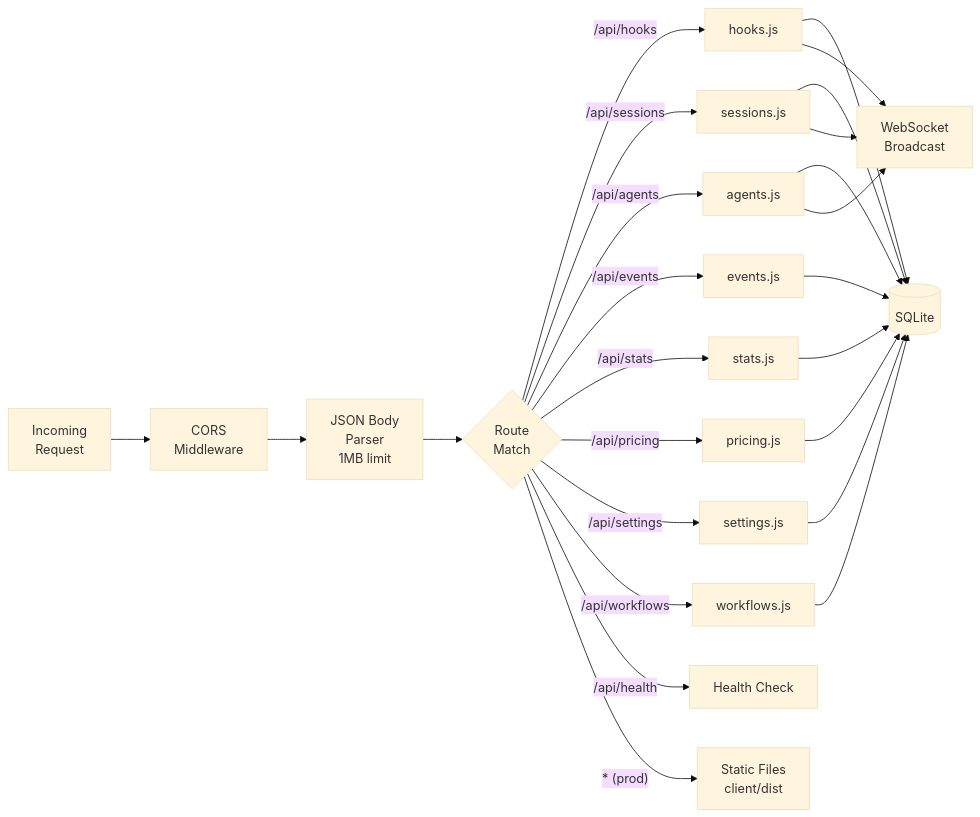
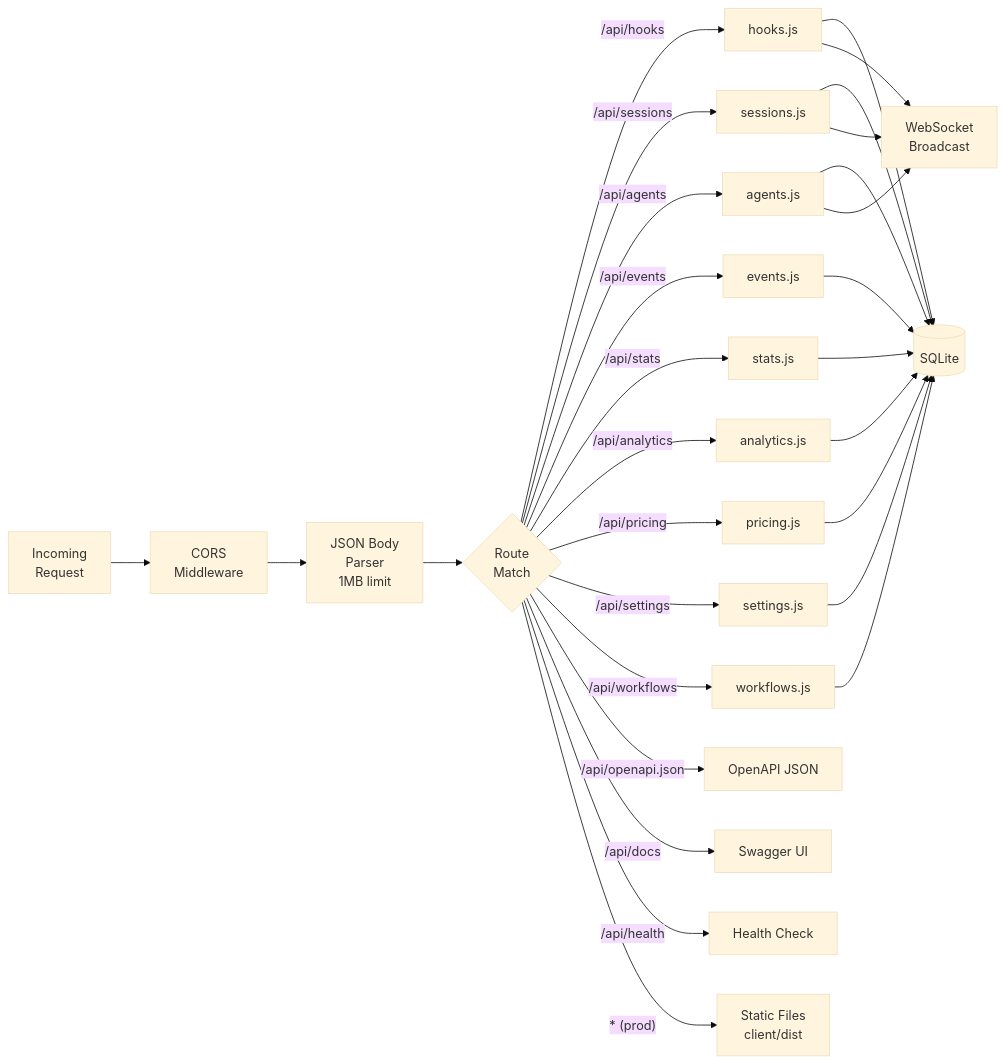
The sixth of 30 diagrams in ARCHITECTURE.md (txj36/Claude-Code-Agent-Monitor), drawn with Mermaid (base theme) before and after one commit. The commit also changed other lines of this file and 110 other files, not shown here.

````diff
--- a/ARCHITECTURE.md
+++ b/ARCHITECTURE.md
@@ -311,29 +331,33 @@
 ```mermaid
 flowchart LR
     REQ[Incoming<br/>Request] --> CORS[CORS<br/>Middleware]
     CORS --> JSON[JSON Body<br/>Parser<br/>1MB limit]
     JSON --> ROUTER{Route<br/>Match}
     ROUTER -->|/api/hooks| HOOKS[hooks.js]
     ROUTER -->|/api/sessions| SESSIONS[sessions.js]
     ROUTER -->|/api/agents| AGENTS[agents.js]
     ROUTER -->|/api/events| EVENTS[events.js]
     ROUTER -->|/api/stats| STATS[stats.js]
+    ROUTER -->|/api/analytics| ANALYTICS[analytics.js]
     ROUTER -->|/api/pricing| PRICING[pricing.js]
     ROUTER -->|/api/settings| SETTINGS[settings.js]
     ROUTER -->|/api/workflows| WORKFLOWS[workflows.js]
+    ROUTER -->|/api/openapi.json| OPENAPI[OpenAPI JSON]
+    ROUTER -->|/api/docs| SWAGGER[Swagger UI]
     ROUTER -->|/api/health| HEALTH[Health Check]
     ROUTER -->|"* (prod)"| STATIC[Static Files<br/>client/dist]
 
     HOOKS --> DB[(SQLite)]
     SESSIONS --> DB
     AGENTS --> DB
     EVENTS --> DB
     STATS --> DB
+    ANALYTICS --> DB
     PRICING --> DB
     SETTINGS --> DB
     WORKFLOWS --> DB
 
     HOOKS --> WS[WebSocket<br/>Broadcast]
     SESSIONS --> WS
     AGENTS --> WS
 ```
````
